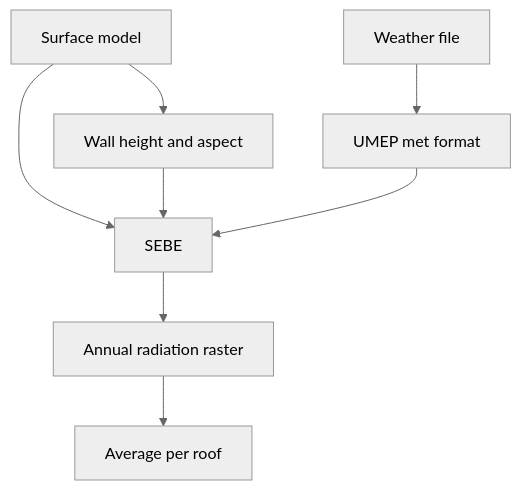
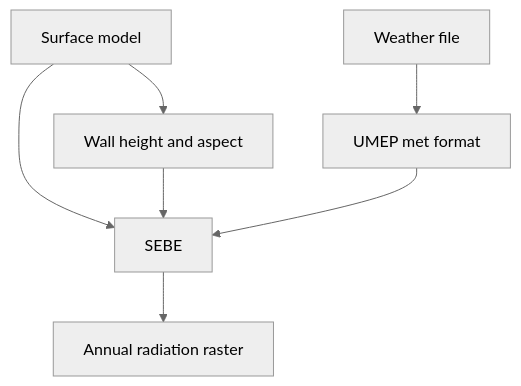
One commit to University-of-Tasmania-GPSS/AT3_Group1_2026 changed the second of 2 diagrams in methods.md. Above: the diagram before and after it, drawn with Mermaid (neutral theme). The commit also changed other lines of this file and 5 other files, not shown here.

````diff
--- a/methods.md
+++ b/methods.md
@@ -175,10 +161,9 @@
 ```{mermaid}
 flowchart TD
   A[Surface model] --> B[Wall height and aspect]
   C[Weather file] --> D[UMEP met format]
   A --> E[SEBE]
   B --> E
   D --> E
   E --> F[Annual radiation raster]
-  F --> G[Average per roof]
 ```
````
